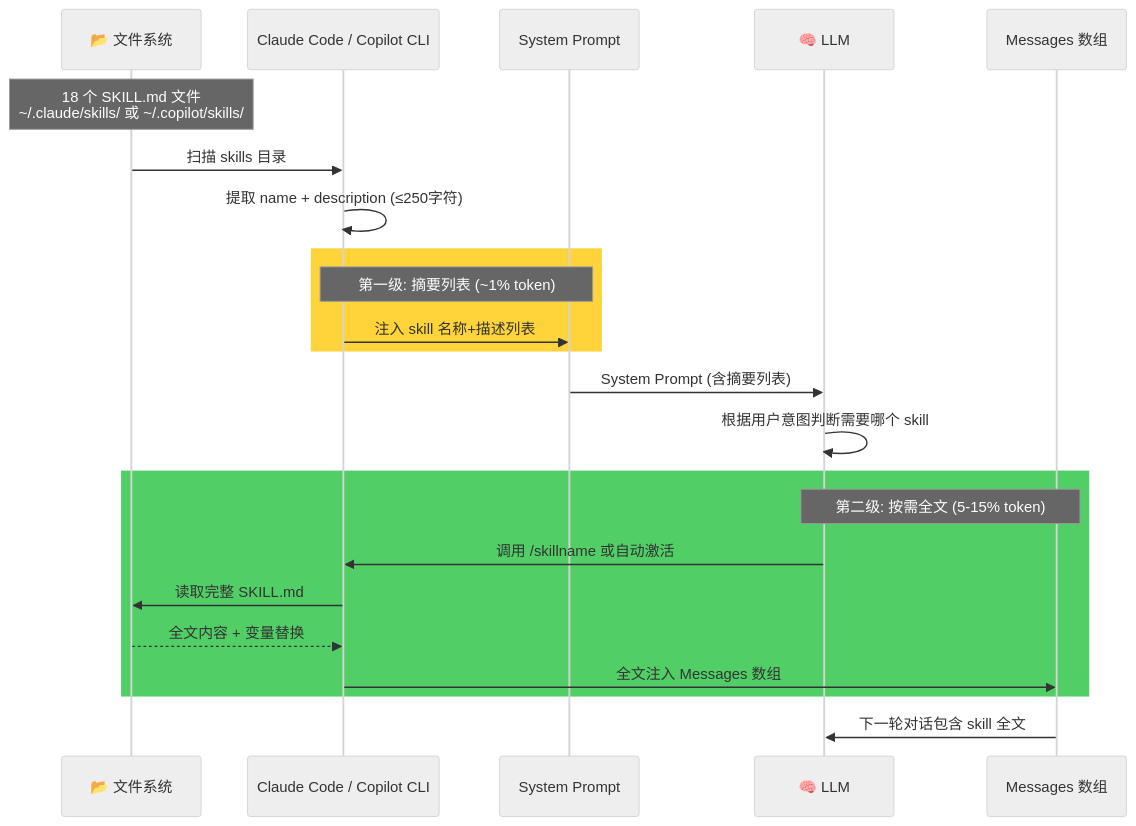
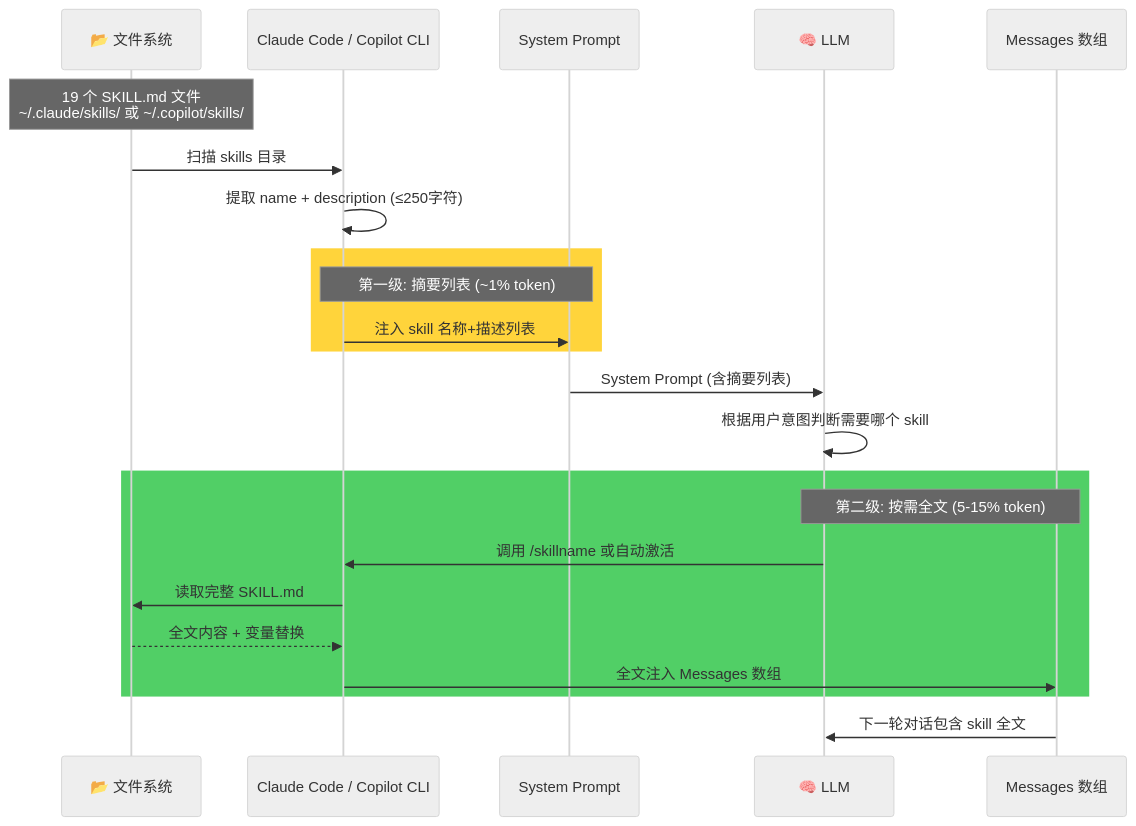
One commit to cintia09/CodeNook changed the first of 5 diagrams in docs/skills-mechanism.md. Above: the diagram before and after it, drawn with Mermaid (neutral theme). The commit also changed other lines of this file and 13 other files, not shown here.

````diff
--- a/docs/skills-mechanism.md
+++ b/docs/skills-mechanism.md
@@ -5,31 +5,31 @@
 ```mermaid
 sequenceDiagram
     participant FS as 📂 文件系统
     participant Platform as Claude Code / Copilot CLI
     participant SP as System Prompt
     participant LLM as 🧠 LLM
     participant Msg as Messages 数组
 
-    Note over FS: 18 个 SKILL.md 文件<br/>~/.claude/skills/ 或 ~/.copilot/skills/
+    Note over FS: 19 个 SKILL.md 文件<br/>~/.claude/skills/ 或 ~/.copilot/skills/
 
     FS->>Platform: 扫描 skills 目录
     Platform->>Platform: 提取 name + description (≤250字符)
 
     rect rgb(255, 212, 59)
         Note over Platform,SP: 第一级: 摘要列表 (~1% token)
         Platform->>SP: 注入 skill 名称+描述列表
     end
 
     SP->>LLM: System Prompt (含摘要列表)
     LLM->>LLM: 根据用户意图判断需要哪个 skill
 
     rect rgb(81, 207, 102)
         Note over LLM,Msg: 第二级: 按需全文 (5-15% token)
         LLM->>Platform: 调用 /skillname 或自动激活
         Platform->>FS: 读取完整 SKILL.md
         FS-->>Platform: 全文内容 + 变量替换
         Platform->>Msg: 全文注入 Messages 数组
     end
 
     Msg->>LLM: 下一轮对话包含 skill 全文
 ```
````
